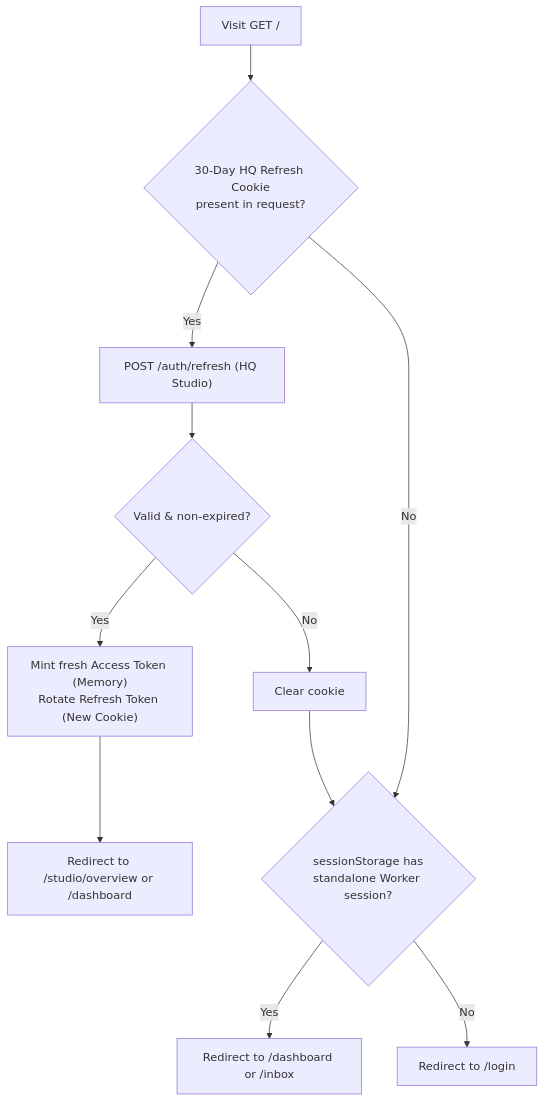
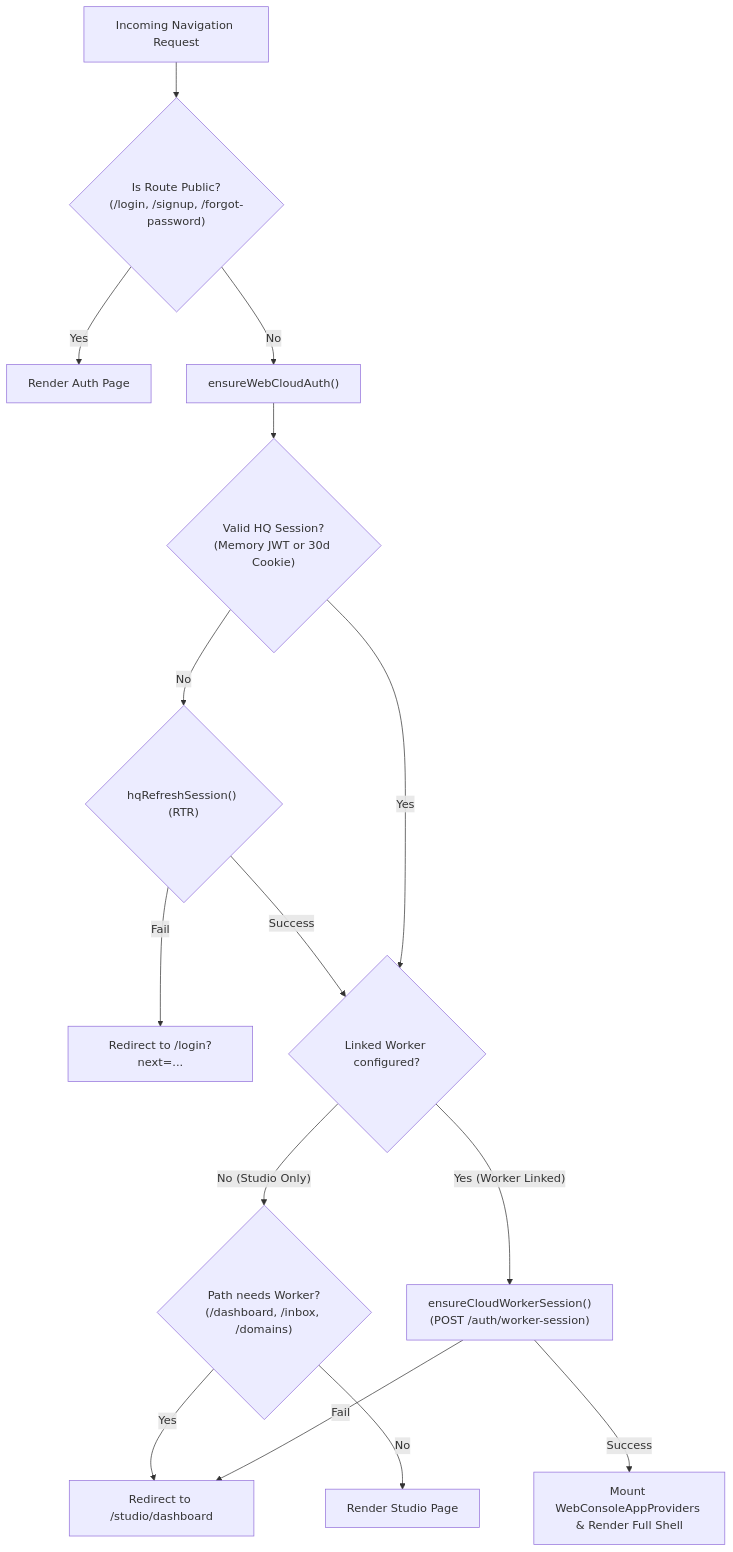
One commit to gssisaac/relaybase changed the fifth of 7 diagrams in docs/auth/authentication.md. Above: the diagram before and after it, drawn with Mermaid. The commit also changed other lines of this file and 20 other files, not shown here.

First line of the commit message:
Unify web auth on cloud session and server-minted Worker tokens.

````diff
--- a/docs/auth/authentication.md
+++ b/docs/auth/authentication.md
@@ -321,12 +202,20 @@
 ```mermaid
 flowchart TD
-    Start["Visit GET /"] --> CheckCookie{"30-Day HQ Refresh Cookie<br/>present in request?"}
-    CheckCookie -- "Yes" --> CallRefresh["POST /auth/refresh (HQ Studio)"]
-    CallRefresh --> ValidateRefresh{"Valid & non-expired?"}
-    ValidateRefresh -- "Yes" --> MintAccess["Mint fresh Access Token (Memory)<br/>Rotate Refresh Token (New Cookie)"]
-    MintAccess --> RedirectStudio["Redirect to /studio/overview or /dashboard"]
-    ValidateRefresh -- "No" --> ClearCookie["Clear cookie"] --> FallbackWorker
-    CheckCookie -- "No" --> FallbackWorker{"sessionStorage has<br/>standalone Worker session?"}
-    FallbackWorker -- "Yes" --> RedirectWorker["Redirect to /dashboard or /inbox"]
-    FallbackWorker -- "No" --> RedirectLogin["Redirect to /login"]
+  RouteReq["Incoming Navigation Request"] --> PathCheck{"Is Route Public?<br/>(/login, /signup, /forgot-password)"}
+  PathCheck -- Yes --> RenderPublic["Render Auth Page"]
+  PathCheck -- No --> EnsureAuth["ensureWebCloudAuth()"]
+  
+  EnsureAuth --> CheckHQ{"Valid HQ Session?<br/>(Memory JWT or 30d Cookie)"}
+  CheckHQ -- No --> RefreshAttempt{"hqRefreshSession() (RTR)"}
+  RefreshAttempt -- Fail --> RedirectLogin["Redirect to /login?next=..."]
+  RefreshAttempt -- Success --> CheckWorker
+  CheckHQ -- Yes --> CheckWorker{"Linked Worker configured?"}
+
+  CheckWorker -- "No (Studio Only)" --> IsWorkerPath{"Path needs Worker?<br/>(/dashboard, /inbox, /domains)"}
+  IsWorkerPath -- Yes --> RedirectStudio["Redirect to /studio/dashboard"]
+  IsWorkerPath -- No --> RenderStudio["Render Studio Page"]
+
+  CheckWorker -- "Yes (Worker Linked)" --> ExchangeWorker["ensureCloudWorkerSession()<br/>(POST /auth/worker-session)"]
+  ExchangeWorker -- Success --> RenderApp["Mount WebConsoleAppProviders & Render Full Shell"]
+  ExchangeWorker -- Fail --> RedirectStudio
 ```
````
